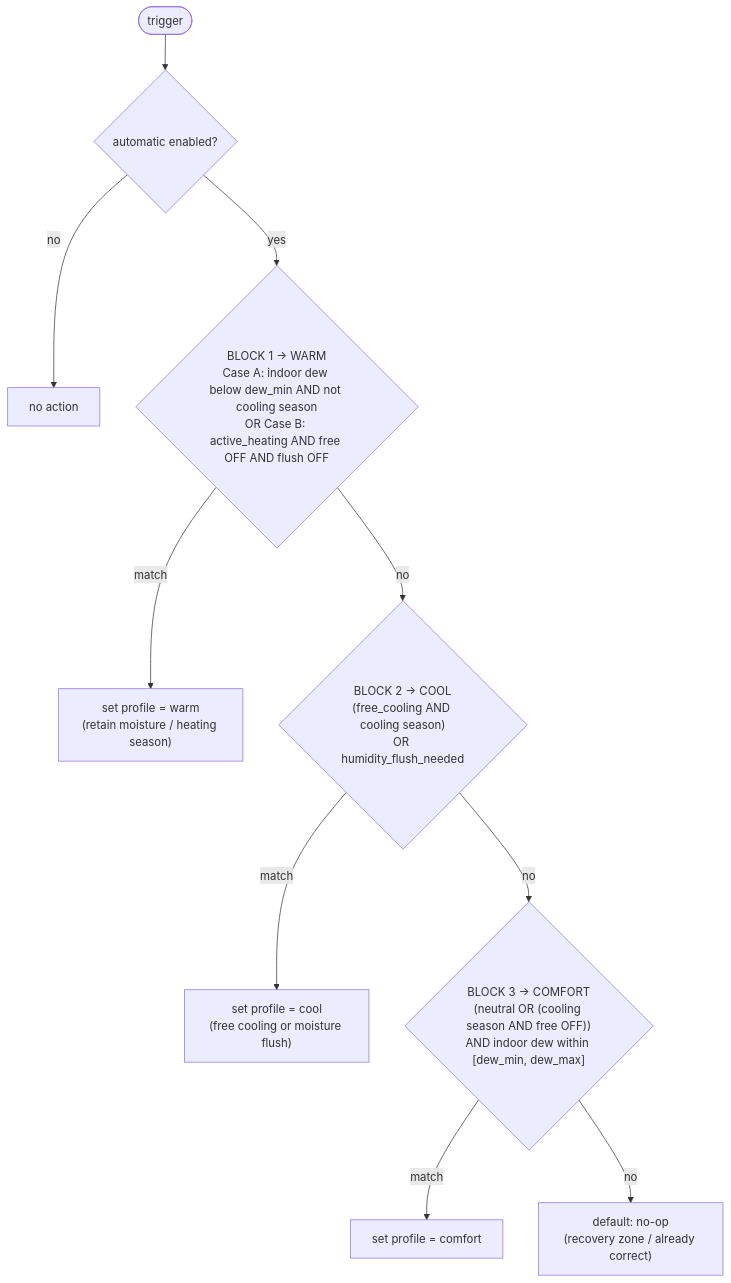
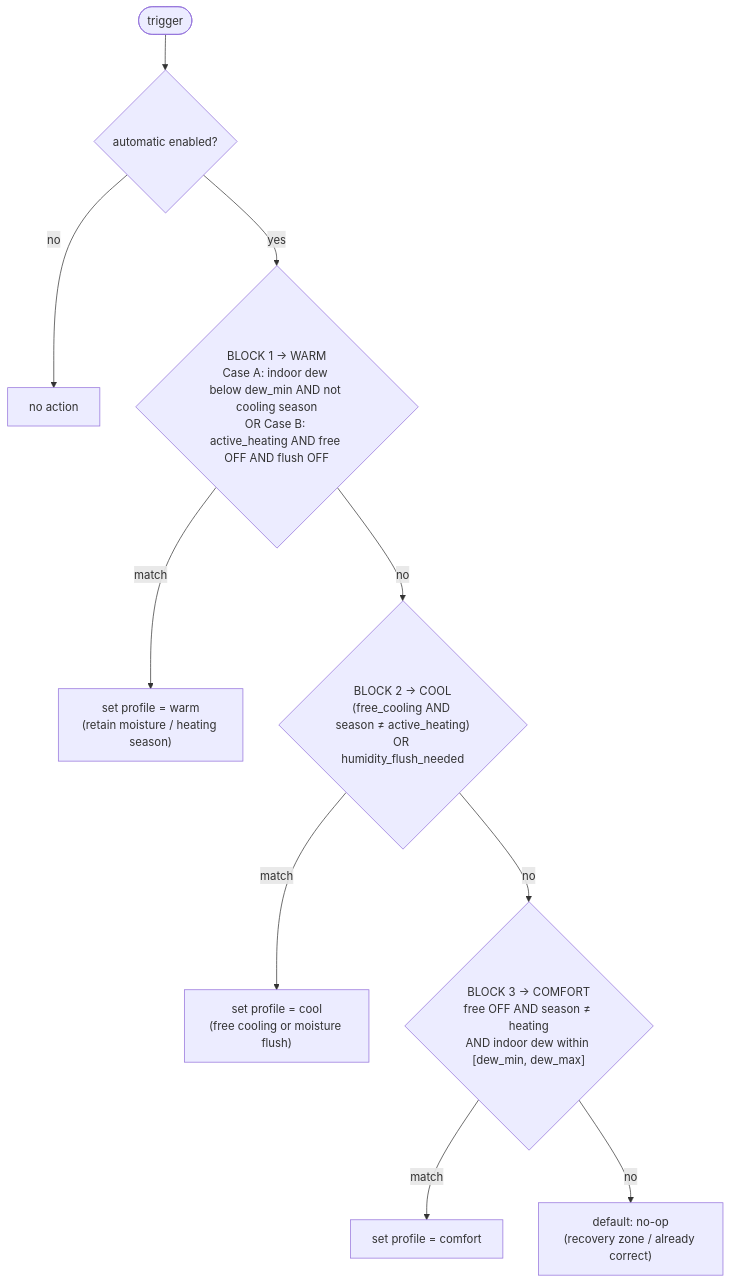
Before and after one commit to mikopp/homeassistent-config: the fourth of 8 diagrams in plans/airflow-cooling-architecture.md, drawn with Mermaid. The commit also changed other lines of this file and 2 other files, not shown here.

````diff
--- a/plans/airflow-cooling-architecture.md
+++ b/plans/airflow-cooling-architecture.md
@@ -256,18 +262,18 @@
 ```mermaid
 flowchart TD
     T(["trigger"]) --> AUTO{"automatic enabled?"}
     AUTO -- no --> NOOP["no action"]
     AUTO -- yes --> B1
 
     B1{"BLOCK 1 → WARM<br/>Case A: indoor dew below dew_min AND not cooling season<br/>OR Case B: active_heating AND free OFF AND flush OFF"}
     B1 -- match --> SETW["set profile = warm<br/>(retain moisture / heating season)"]
     B1 -- no --> B2
 
-    B2{"BLOCK 2 → COOL<br/>(free_cooling AND cooling season)<br/>OR humidity_flush_needed"}
+    B2{"BLOCK 2 → COOL<br/>(free_cooling AND season ≠ active_heating)<br/>OR humidity_flush_needed"}
     B2 -- match --> SETC["set profile = cool<br/>(free cooling or moisture flush)"]
     B2 -- no --> B3
 
-    B3{"BLOCK 3 → COMFORT<br/>(neutral OR (cooling season AND free OFF))<br/>AND indoor dew within [dew_min, dew_max]"}
+    B3{"BLOCK 3 → COMFORT<br/>free OFF AND season ≠ heating<br/>AND indoor dew within [dew_min, dew_max]"}
     B3 -- match --> SETM["set profile = comfort"]
     B3 -- no --> DEF["default: no-op<br/>(recovery zone / already correct)"]
 ```
````
